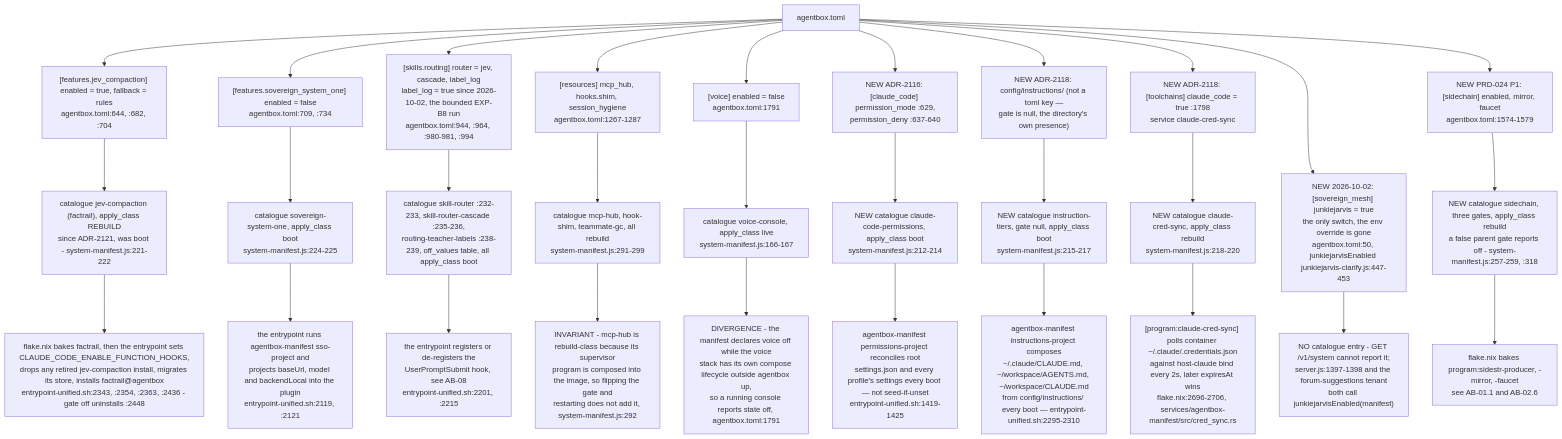
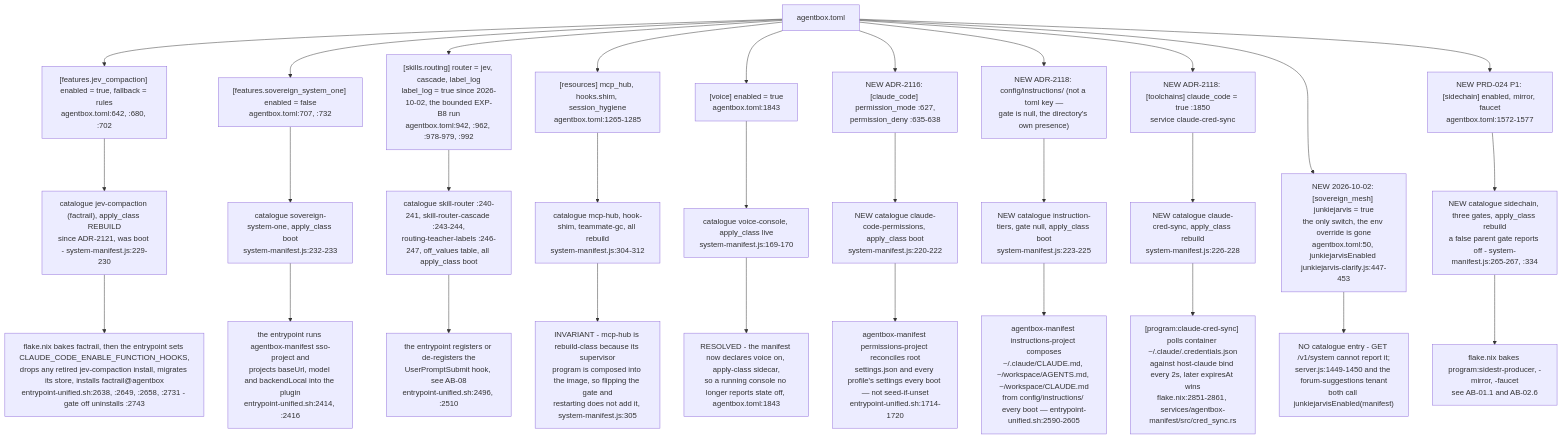
Before and after one commit to DreamLab-AI/VisionFlow: diagram 12 of 15 in docs/diagrams/agentbox/05-manifest-gates-and-cli.md, drawn with Mermaid. The commit also changed other lines of this file and 14 other files, not shown here.

First line of the commit message:
docs(diagrams): custody role isolation — new AB-36, re-stamp 11 topics at the custody integration head

````diff
--- a/docs/diagrams/agentbox/05-manifest-gates-and-cli.md
+++ b/docs/diagrams/agentbox/05-manifest-gates-and-cli.md
@@ -362,37 +366,37 @@
 ```mermaid
 flowchart TB
     TOML["agentbox.toml"]
-    TOML --> F1["[features.jev_compaction] enabled = true, fallback = rules<br/>agentbox.toml:644, :682, :704"]
-    TOML --> F2["[features.sovereign_system_one] enabled = false<br/>agentbox.toml:709, :734"]
-    TOML --> F3["[skills.routing] router = jev, cascade, label_log<br/>label_log = true since 2026-10-02, the bounded EXP-B8 run<br/>agentbox.toml:944, :964, :980-981, :994"]
-    TOML --> F4["[resources] mcp_hub, hooks.shim, session_hygiene<br/>agentbox.toml:1267-1287"]
-    TOML --> F5["[voice] enabled = false<br/>agentbox.toml:1791"]
-    TOML --> F6["NEW ADR-2116: [claude_code] permission_mode :629,<br/>permission_deny :637-640"]
+    TOML --> F1["[features.jev_compaction] enabled = true, fallback = rules<br/>agentbox.toml:642, :680, :702"]
+    TOML --> F2["[features.sovereign_system_one] enabled = false<br/>agentbox.toml:707, :732"]
+    TOML --> F3["[skills.routing] router = jev, cascade, label_log<br/>label_log = true since 2026-10-02, the bounded EXP-B8 run<br/>agentbox.toml:942, :962, :978-979, :992"]
+    TOML --> F4["[resources] mcp_hub, hooks.shim, session_hygiene<br/>agentbox.toml:1265-1285"]
+    TOML --> F5["[voice] enabled = true<br/>agentbox.toml:1843"]
+    TOML --> F6["NEW ADR-2116: [claude_code] permission_mode :627,<br/>permission_deny :635-638"]
     TOML --> F7["NEW ADR-2118: config/instructions/ (not a toml key —<br/>gate is null, the directory's own presence)"]
-    TOML --> F8["NEW ADR-2118: [toolchains] claude_code = true :1798<br/>service claude-cred-sync"]
-    TOML --> F9["NEW PRD-024 P1: [sidechain] enabled, mirror, faucet<br/>agentbox.toml:1574-1579"]
+    TOML --> F8["NEW ADR-2118: [toolchains] claude_code = true :1850<br/>service claude-cred-sync"]
+    TOML --> F9["NEW PRD-024 P1: [sidechain] enabled, mirror, faucet<br/>agentbox.toml:1572-1577"]
     F9 ~~~ F10["NEW 2026-10-02: [sovereign_mesh] junkiejarvis = true<br/>the only switch, the env override is gone<br/>agentbox.toml:50, junkiejarvisEnabled junkiejarvis-clarify.js:447-453"]
     TOML --> F10
 
-    F1 --> C1["catalogue jev-compaction (factrail), apply_class REBUILD<br/>since ADR-2121, was boot - system-manifest.js:221-222"]
-    F2 --> C2["catalogue sovereign-system-one, apply_class boot<br/>system-manifest.js:224-225"]
-    F3 --> C3["catalogue skill-router :232-233, skill-router-cascade :235-236,<br/>routing-teacher-labels :238-239, off_values table, all apply_class boot"]
-    F4 --> C4["catalogue mcp-hub, hook-shim, teammate-gc, all rebuild<br/>system-manifest.js:291-299"]
-    F5 --> C5["catalogue voice-console, apply_class live<br/>system-manifest.js:166-167"]
-    F6 --> C6["NEW catalogue claude-code-permissions, apply_class boot<br/>system-manifest.js:212-214"]
-    F7 --> C7["NEW catalogue instruction-tiers, gate null, apply_class boot<br/>system-manifest.js:215-217"]
-    F8 --> C8["NEW catalogue claude-cred-sync, apply_class rebuild<br/>system-manifest.js:218-220"]
-    F9 --> C9["NEW catalogue sidechain, three gates, apply_class rebuild<br/>a false parent gate reports off - system-manifest.js:257-259, :318"]
+    F1 --> C1["catalogue jev-compaction (factrail), apply_class REBUILD<br/>since ADR-2121, was boot - system-manifest.js:229-230"]
+    F2 --> C2["catalogue sovereign-system-one, apply_class boot<br/>system-manifest.js:232-233"]
+    F3 --> C3["catalogue skill-router :240-241, skill-router-cascade :243-244,<br/>routing-teacher-labels :246-247, off_values table, all apply_class boot"]
+    F4 --> C4["catalogue mcp-hub, hook-shim, teammate-gc, all rebuild<br/>system-manifest.js:304-312"]
+    F5 --> C5["catalogue voice-console, apply_class live<br/>system-manifest.js:169-170"]
+    F6 --> C6["NEW catalogue claude-code-permissions, apply_class boot<br/>system-manifest.js:220-222"]
+    F7 --> C7["NEW catalogue instruction-tiers, gate null, apply_class boot<br/>system-manifest.js:223-225"]
+    F8 --> C8["NEW catalogue claude-cred-sync, apply_class rebuild<br/>system-manifest.js:226-228"]
+    F9 --> C9["NEW catalogue sidechain, three gates, apply_class rebuild<br/>a false parent gate reports off - system-manifest.js:265-267, :334"]
 
-    C1 --> B1["flake.nix bakes factrail, then the entrypoint sets CLAUDE_CODE_ENABLE_FUNCTION_HOOKS,<br/>drops any retired jev-compaction install, migrates its store, installs factrail@agentbox<br/>entrypoint-unified.sh:2343, :2354, :2363, :2436 - gate off uninstalls :2448"]
-    C2 --> B2["the entrypoint runs agentbox-manifest sso-project and<br/>projects baseUrl, model and backendLocal into the plugin<br/>entrypoint-unified.sh:2119, :2121"]
-    C3 --> B3["the entrypoint registers or de-registers the<br/>UserPromptSubmit hook, see AB-08<br/>entrypoint-unified.sh:2201, :2215"]
-    C6 --> B6["agentbox-manifest permissions-project reconciles root<br/>settings.json and every profile's settings every boot — not seed-if-unset<br/>entrypoint-unified.sh:1419-1425"]
-    C7 --> B7["agentbox-manifest instructions-project composes<br/>~/.claude/CLAUDE.md, ~/workspace/AGENTS.md, ~/workspace/CLAUDE.md<br/>from config/instructions/ every boot — entrypoint-unified.sh:2295-2310"]
+    C1 --> B1["flake.nix bakes factrail, then the entrypoint sets CLAUDE_CODE_ENABLE_FUNCTION_HOOKS,<br/>drops any retired jev-compaction install, migrates its store, installs factrail@agentbox<br/>entrypoint-unified.sh:2638, :2649, :2658, :2731 - gate off uninstalls :2743"]
+    C2 --> B2["the entrypoint runs agentbox-manifest sso-project and<br/>projects baseUrl, model and backendLocal into the plugin<br/>entrypoint-unified.sh:2414, :2416"]
+    C3 --> B3["the entrypoint registers or de-registers the<br/>UserPromptSubmit hook, see AB-08<br/>entrypoint-unified.sh:2496, :2510"]
+    C6 --> B6["agentbox-manifest permissions-project reconciles root<br/>settings.json and every profile's settings every boot — not seed-if-unset<br/>entrypoint-unified.sh:1714-1720"]
+    C7 --> B7["agentbox-manifest instructions-project composes<br/>~/.claude/CLAUDE.md, ~/workspace/AGENTS.md, ~/workspace/CLAUDE.md<br/>from config/instructions/ every boot — entrypoint-unified.sh:2590-2605"]
     C9 --> B9["flake.nix bakes program:sidestr-producer, -mirror, -faucet<br/>see AB-01.1 and AB-02.6"]
-    C8 --> B8["[program:claude-cred-sync] polls container ~/.claude/.credentials.json<br/>against host-claude bind every 2s, later expiresAt wins<br/>flake.nix:2696-2706, services/agentbox-manifest/src/cred_sync.rs"]
+    C8 --> B8["[program:claude-cred-sync] polls container ~/.claude/.credentials.json<br/>against host-claude bind every 2s, later expiresAt wins<br/>flake.nix:2851-2861, services/agentbox-manifest/src/cred_sync.rs"]
 
-    C5 --> DIV["DIVERGENCE - the manifest declares voice off while the voice<br/>stack has its own compose lifecycle outside agentbox up,<br/>so a running console reports state off, agentbox.toml:1791"]
-    F10 --> C10["NO catalogue entry - GET /v1/system cannot report it;<br/>server.js:1397-1398 and the forum-suggestions tenant<br/>both call junkiejarvisEnabled(manifest)"]
-    C4 --> REB["INVARIANT - mcp-hub is rebuild-class because its supervisor<br/>program is composed into the image, so flipping the gate and<br/>restarting does not add it, system-manifest.js:292"]
+    C5 --> DIV["RESOLVED - the manifest now declares voice on, apply-class sidecar,<br/>so a running console no longer reports state off, agentbox.toml:1843"]
+    F10 --> C10["NO catalogue entry - GET /v1/system cannot report it;<br/>server.js:1449-1450 and the forum-suggestions tenant<br/>both call junkiejarvisEnabled(manifest)"]
+    C4 --> REB["INVARIANT - mcp-hub is rebuild-class because its supervisor<br/>program is composed into the image, so flipping the gate and<br/>restarting does not add it, system-manifest.js:305"]
 ```
````
